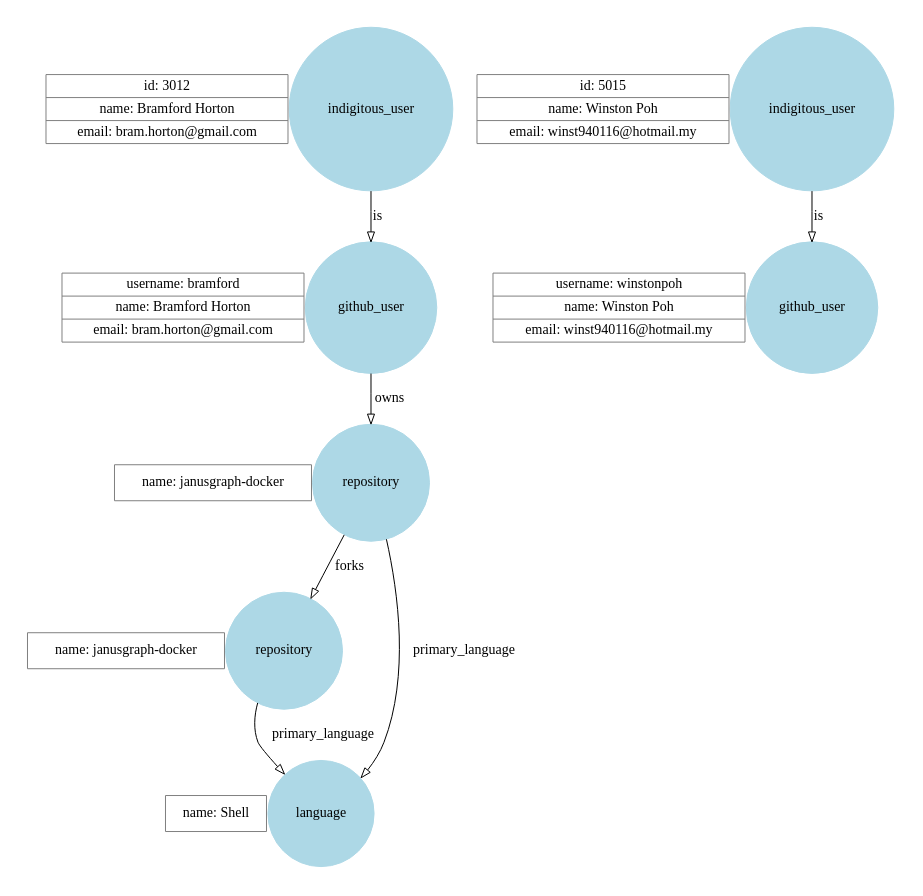
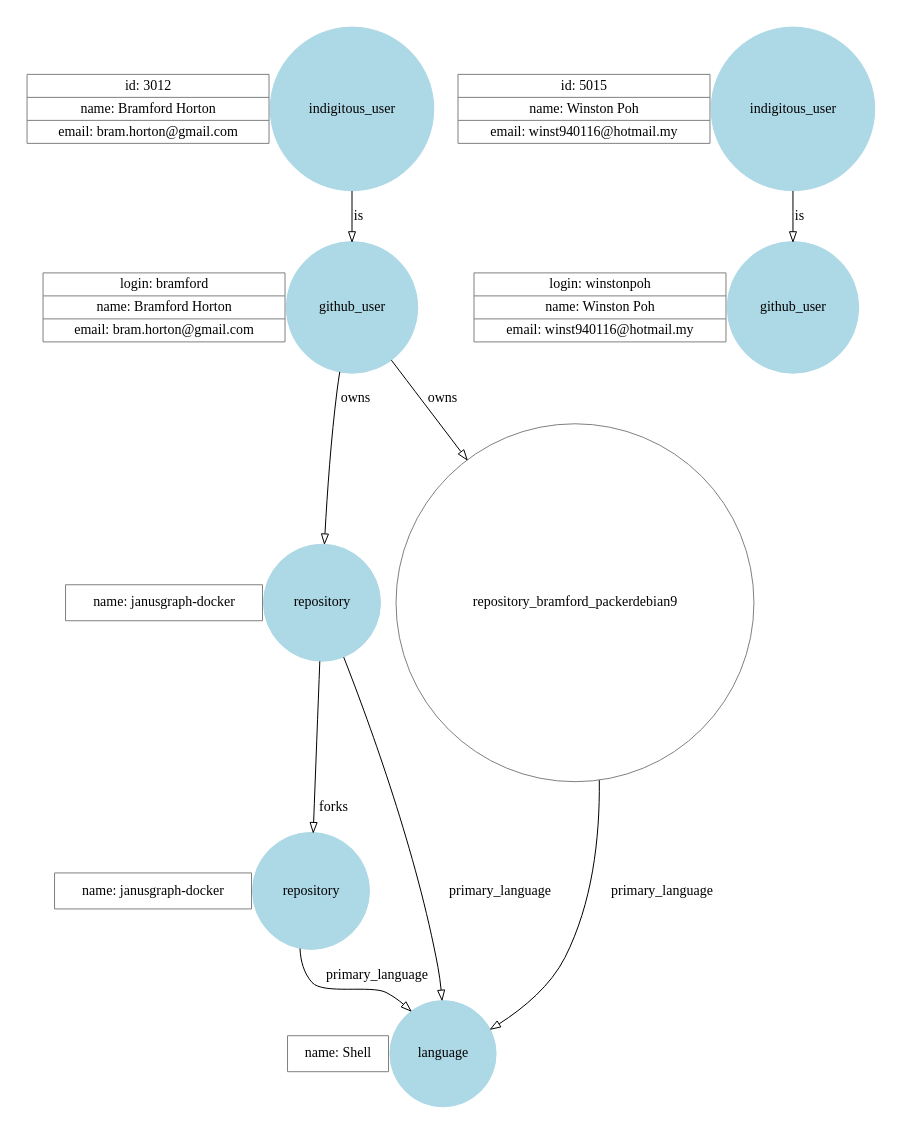
Before and after one commit to indigitous-akl/hack-2019-project: the diagram in schema.dot, drawn with Graphviz. The commit also changed 1 other file, not shown here.

Commit message:
Fix login and add stars

```diff
--- a/schema.dot
+++ b/schema.dot
@@ -1,63 +1,65 @@
 
 graph G {
 
     node [
         shape=circle
         color=grey
         fontsize=14
     ]
 
     graph [
         style=invis
         nodesep=0
     ]
 
     subgraph cluster_1000 {
         indigitous_user_bramford_horton [label="indigitous_user" style=filled color=lightblue]
         indigitous_user_bramford_horton_properties [shape=record label="{id: 3012|name: Bramford Horton|email: bram.horton@gmail.com}"]
     }
 
     subgraph cluster_1001 {
         indigitous_user_winston_poh [label="indigitous_user" style=filled color=lightblue]
         indigitous_user_winston_poh_properties [shape=record label="{id: 5015|name: Winston Poh|email: winst940116@hotmail.my}"]
     }
 
     subgraph cluster_2000 {
         github_user_bramford [label="github_user" style=filled color=lightblue]
-        github_user_bramford_properties [shape=record label="{username: bramford|name: Bramford Horton|email: bram.horton@gmail.com}"]
+        github_user_bramford_properties [shape=record label="{login: bramford|name: Bramford Horton|email: bram.horton@gmail.com}"]
     }
 
     subgraph cluster_2001 {
         github_user_winstonpoh [label="github_user" style=filled color=lightblue]
-        github_user_winstonpoh_properties [shape=record label="{username: winstonpoh|name: Winston Poh|email: winst940116@hotmail.my}"]
+        github_user_winstonpoh_properties [shape=record label="{login: winstonpoh|name: Winston Poh|email: winst940116@hotmail.my}"]
     }
 
     subgraph cluster_3001 {
         repository_bramford_JanusGraph [label="repository" style=filled color=lightblue]
         repository_bramford_JanusGraph_properties [shape=record label="{name: janusgraph-docker}"]
     }
 
     subgraph cluster_3002 {
         repository_JanusGraph_JanusGraph [label="repository" style=filled color=lightblue]
         repository_JanusGraph_JanusGraph_properties [shape=record label="{name: janusgraph-docker}"]
     }
 
     subgraph cluster_4001 {
         language_shell [label="language" style=filled color=lightblue]
         language_shell_properties [shape=record label="{name: Shell}"]
     }
 
     {
         edge [
             fontsize=14
             dir=forward
         ]
 
         indigitous_user_bramford_horton -- github_user_bramford [label="is" arrowhead=empty]
         indigitous_user_winston_poh -- github_user_winstonpoh [label="is" arrowhead=empty]
         github_user_bramford -- repository_bramford_JanusGraph [label="owns" arrowhead=empty]
         repository_bramford_JanusGraph -- language_shell [label="primary_language" arrowhead=empty]
         repository_bramford_JanusGraph -- repository_JanusGraph_JanusGraph [label="forks" arrowhead=empty]
         repository_JanusGraph_JanusGraph -- language_shell [label="primary_language" arrowhead=empty]
+        github_user_bramford -- repository_bramford_packerdebian9 [label="owns" arrowhead=empty]
+        repository_bramford_packerdebian9 -- language_shell [label="primary_language" arrowhead=empty]
     }
 }
```
